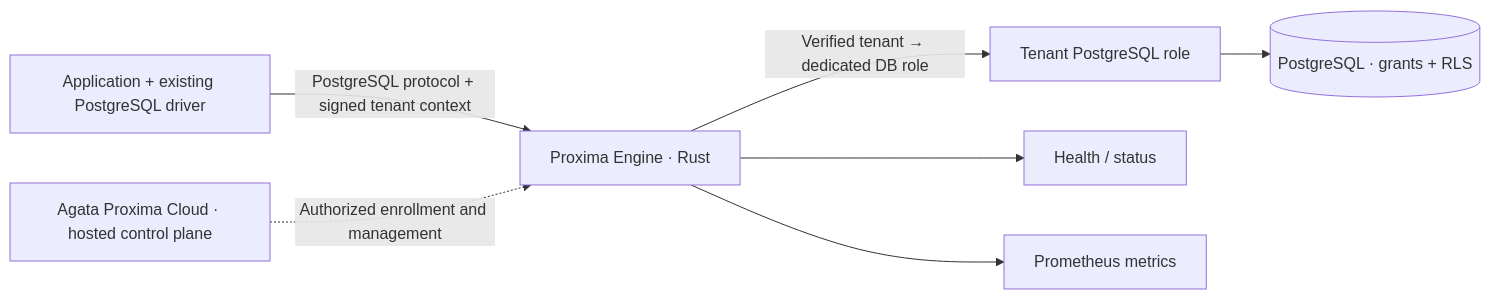
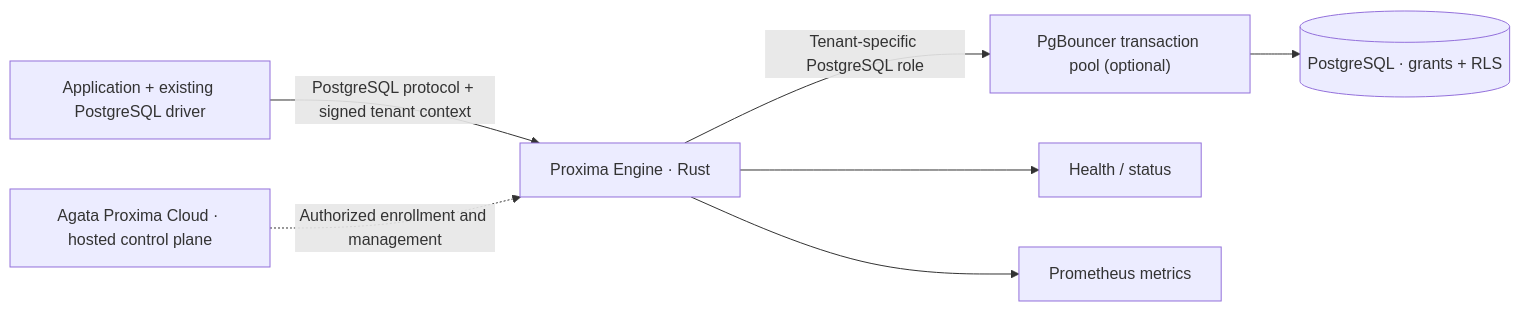
Before and after one commit to Agata-Proxima/proxima-engine: the diagram in README.md, drawn with Mermaid. The commit also changed other lines of this file, not shown here.

Commit message:
Show the Engine to PgBouncer to PostgreSQL request path in README

````diff
--- a/README.md
+++ b/README.md
@@ -52,9 +52,9 @@
 ```mermaid
 flowchart LR
   App["Application + existing PostgreSQL driver"] -->|"PostgreSQL protocol + signed tenant context"| Engine["Proxima Engine · Rust"]
-  Engine -->|"Verified tenant → dedicated DB role"| Role["Tenant PostgreSQL role"]
-  Role --> PG[("PostgreSQL · grants + RLS")]
+  Engine -->|"Tenant-specific PostgreSQL role"| Pool["PgBouncer transaction pool (optional)"]
+  Pool --> PG[("PostgreSQL · grants + RLS")]
   Engine --> Health["Health / status"]
   Engine --> Metrics["Prometheus metrics"]
   Cloud["Agata Proxima Cloud · hosted control plane"] -.->|"Authorized enrollment and management"| Engine
 ```
````
